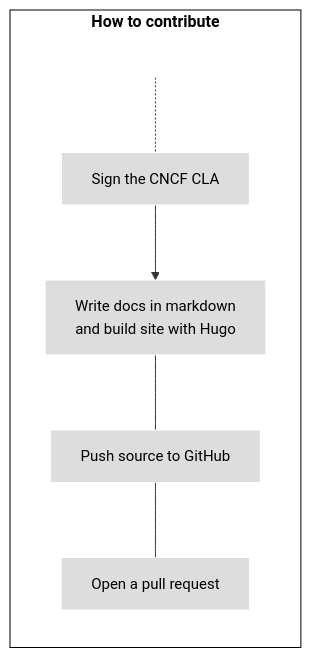
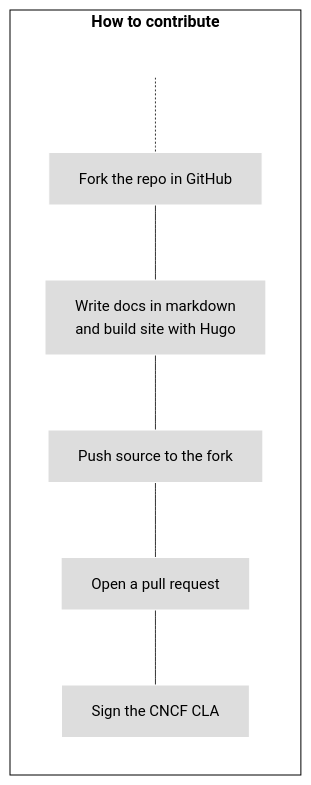
One commit to open-telemetry/opentelemetry.io changed the first of 4 diagrams in content/en/docs/contribute/_index.md. Above: the diagram before and after it, drawn with Mermaid. The commit also changed other lines of this file, not shown here.

````diff
--- a/content/en/docs/contribute/_index.md
+++ b/content/en/docs/contribute/_index.md
@@ -53,17 +53,18 @@
 ```mermaid
 flowchart LR
     subgraph first[How to contribute]
     direction TB
        T[ ] -.-
-       A[Sign the CNCF CLA] --> D[Write docs in markdown<br>and build site with Hugo]
-       D[Write docs in markdown<br>and build site with Hugo] --- E[Push source to GitHub]
-       E --- G[Open a pull request]
+       B[Fork the repo in GitHub] --- C[Write docs in markdown<br>and build site with Hugo]
+       C --- D[Push source to the fork]
+       D --- E[Open a pull request]
+       E --- F[Sign the CNCF CLA]
     end
 
 classDef grey fill:#dddddd,stroke:#ffffff,stroke-width:px,color:#000000, font-size:15px;
 classDef white fill:#ffffff,stroke:#000,stroke-width:px,color:#000,font-weight:bold
 classDef spacewhite fill:#ffffff,stroke:#fff,stroke-width:0px,color:#000
 class A,B,C,D,E,F,G,H grey
 class S,T spacewhite
 class first,second white
 ```
````
